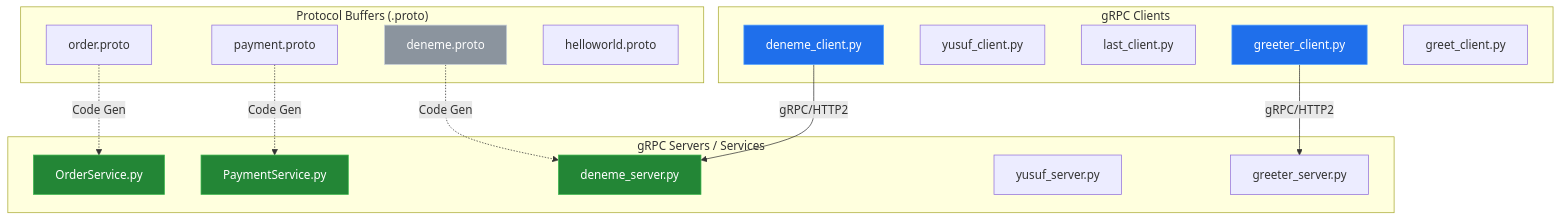
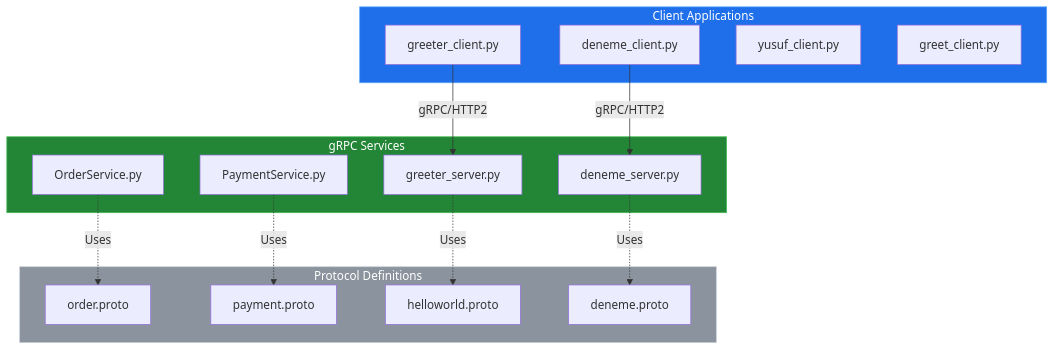
One commit to YusuffBulbul/GRPC_calisma changed the first of 2 diagrams in README_ARCH.md. Above: the diagram before and after it, drawn with Mermaid. The commit also changed other lines of this file, not shown here.

Commit message:
docs: update system blueprint and code review (2026-09-07)

````diff
--- a/README_ARCH.md
+++ b/README_ARCH.md
@@ -20,39 +19,35 @@
 ```mermaid
 flowchart TD
-    subgraph Clients["gRPC Clients"]
+    subgraph ClientLayer ["Client Applications"]
         C1["deneme_client.py"]
-        C2["yusuf_client.py"]
-        C3["last_client.py"]
-        C4["greeter_client.py"]
-        C5["greet_client.py"]
+        C2["greeter_client.py"]
+        C3["yusuf_client.py"]
+        C4["greet_client.py"]
     end
 
-    subgraph ProtoDefinitions["Protocol Buffers (.proto)"]
-        P1["deneme.proto"]
-        P2["order.proto"]
-        P3["payment.proto"]
-        P4["helloworld.proto"]
+    subgraph ServiceLayer ["gRPC Services"]
+        S1["OrderService.py"]
+        S2["PaymentService.py"]
+        S3["greeter_server.py"]
+        S4["deneme_server.py"]
     end
 
-    subgraph Services["gRPC Servers / Services"]
-        S1["OrderService.py"]
-        S2["PaymentService.py"]
-        S3["deneme_server.py"]
-        S4["yusuf_server.py"]
-        S5["greeter_server.py"]
+    subgraph ProtoLayer ["Protocol Definitions"]
+        P1["order.proto"]
+        P2["payment.proto"]
+        P3["helloworld.proto"]
+        P4["deneme.proto"]
     end
 
-    C1 -->|"gRPC/HTTP2"| S3
-    C4 -->|"gRPC/HTTP2"| S5
-    P1 -.->|"Code Gen"| S3
-    P2 -.->|"Code Gen"| S1
-    P3 -.->|"Code Gen"| S2
+    C1 -->|"gRPC/HTTP2"| S4
+    C2 -->|"gRPC/HTTP2"| S3
+    S1 -.->|"Uses"| P1
+    S2 -.->|"Uses"| P2
+    S3 -.->|"Uses"| P3
+    S4 -.->|"Uses"| P4
 
-    style C1 fill:#1f6feb,stroke:#58a6ff,color:#fff
-    style C4 fill:#1f6feb,stroke:#58a6ff,color:#fff
-    style S1 fill:#238636,stroke:#3fb950,color:#fff
-    style S2 fill:#238636,stroke:#3fb950,color:#fff
-    style S3 fill:#238636,stroke:#3fb950,color:#fff
-    style P1 fill:#8b949e,stroke:#c9d1d9,color:#fff
+    style ClientLayer fill:#1f6feb,stroke:#58a6ff,color:#fff
+    style ServiceLayer fill:#238636,stroke:#3fb950,color:#fff
+    style ProtoLayer fill:#8b949e,stroke:#c9d1d9,color:#fff
 
 ```
````
